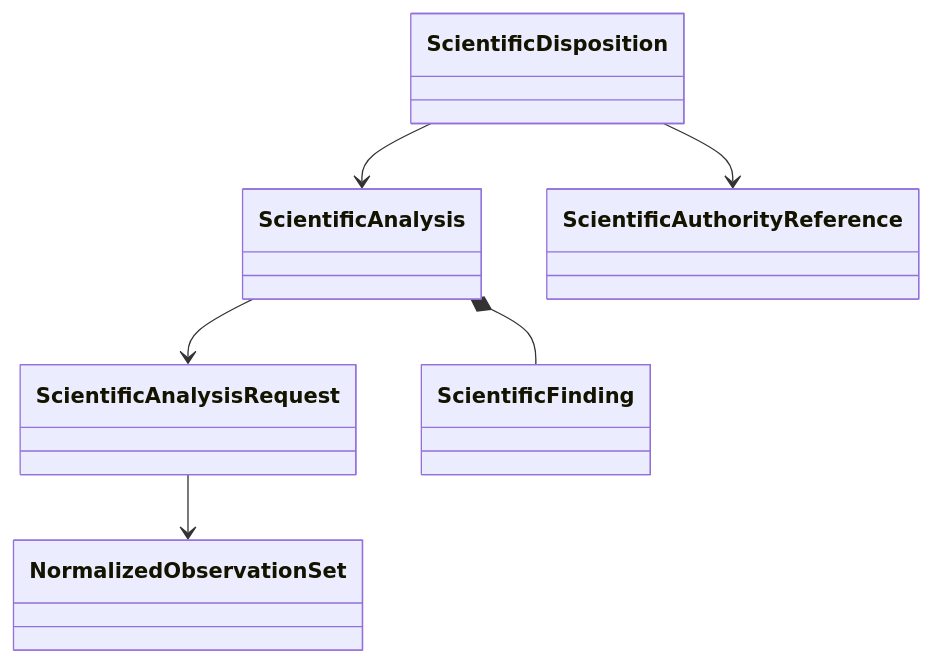
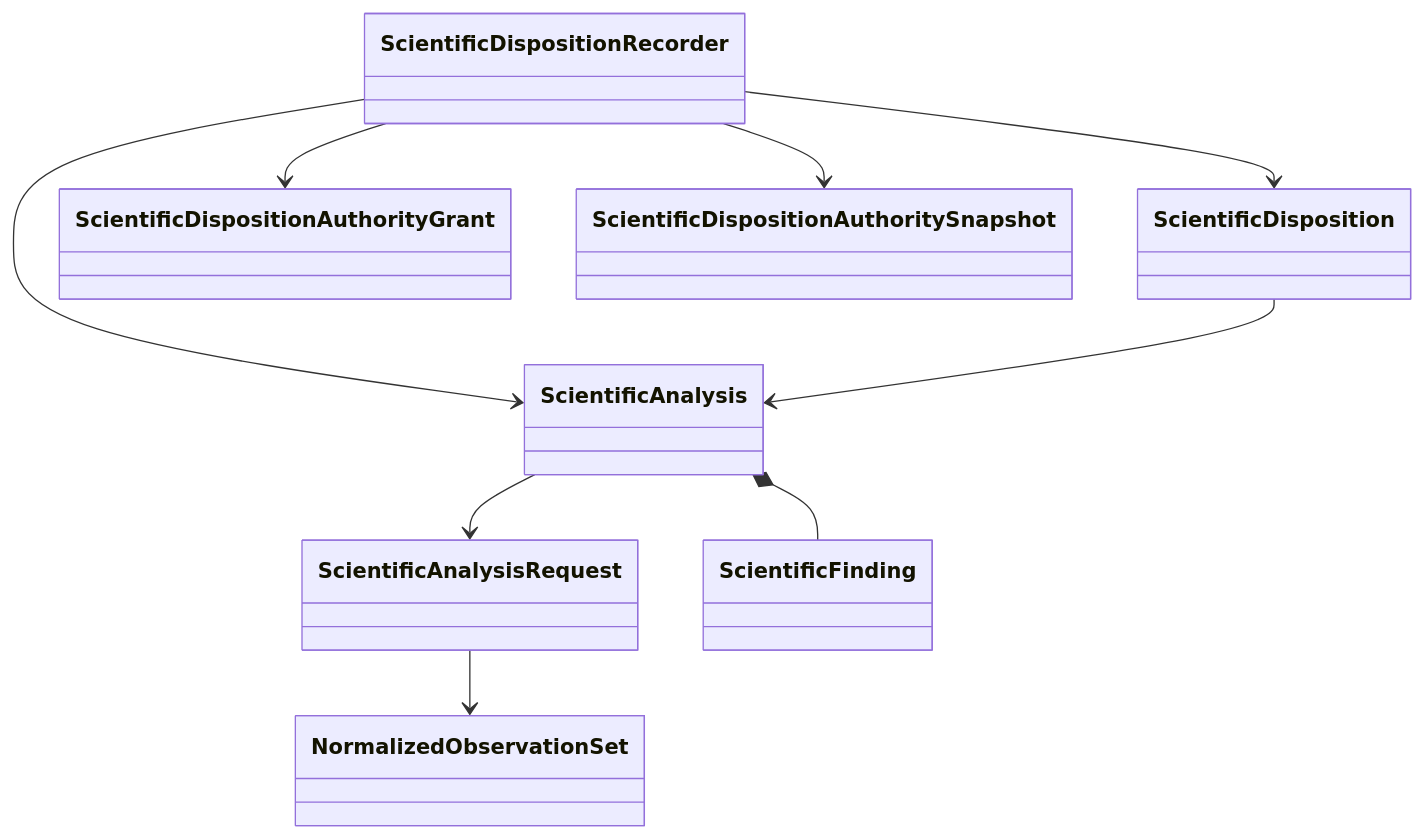
Before and after one commit to eragasa/ksdft2effmass: the diagram in docs/architecture/v2/analysis/analysis-and-disposition.md, drawn with Mermaid. The commit also changed other lines of this file and 80 other files, not shown here.

Commit message:
docs: reconcile architecture v2

````diff
--- a/docs/architecture/v2/analysis/analysis-and-disposition.md
+++ b/docs/architecture/v2/analysis/analysis-and-disposition.md
@@ -32,15 +34,20 @@
 ```mermaid
 classDiagram
     class ScientificAnalysisRequest
     class NormalizedObservationSet
     class ScientificAnalysis
     class ScientificFinding
     class ScientificDisposition
-    class ScientificAuthorityReference
+    class ScientificDispositionRecorder
+    class ScientificDispositionAuthorityGrant
+    class ScientificDispositionAuthoritySnapshot
 
     ScientificAnalysisRequest --> NormalizedObservationSet
     ScientificAnalysis *-- ScientificFinding
     ScientificAnalysis --> ScientificAnalysisRequest
+    ScientificDispositionRecorder --> ScientificAnalysis
+    ScientificDispositionRecorder --> ScientificDispositionAuthorityGrant
+    ScientificDispositionRecorder --> ScientificDispositionAuthoritySnapshot
+    ScientificDispositionRecorder --> ScientificDisposition
     ScientificDisposition --> ScientificAnalysis
-    ScientificDisposition --> ScientificAuthorityReference
 ```
````
